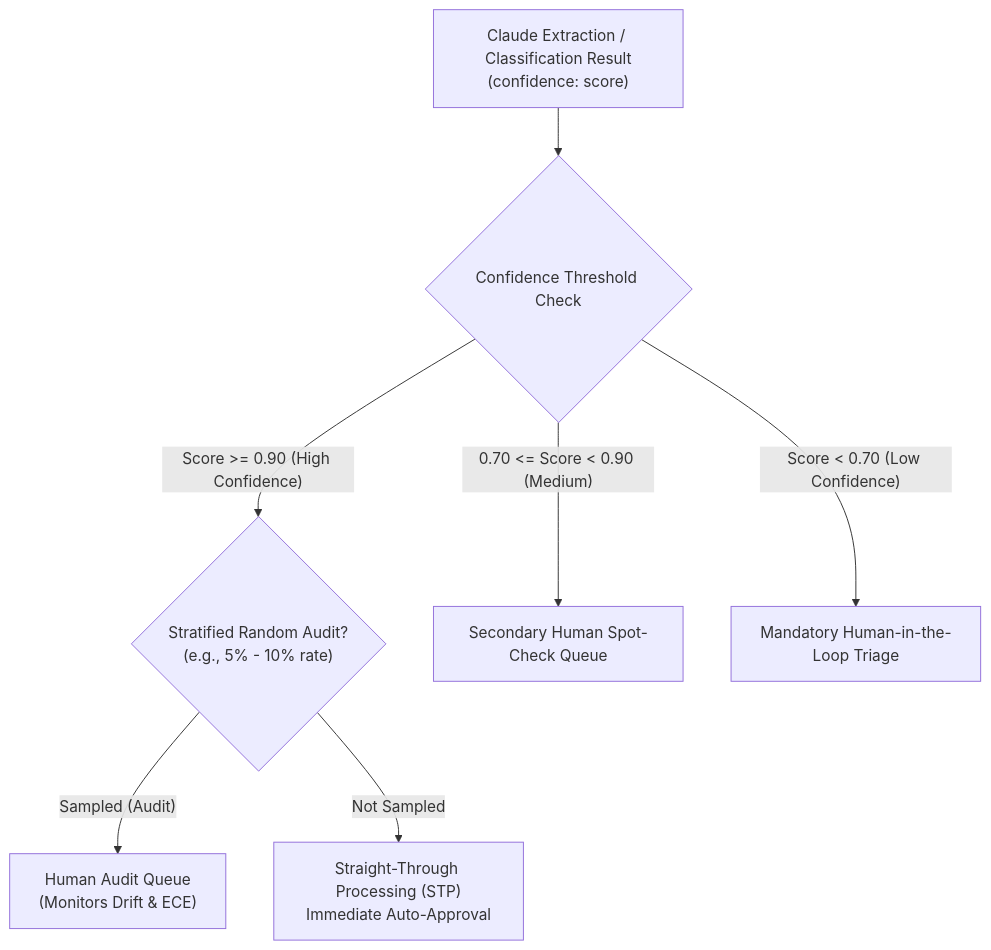
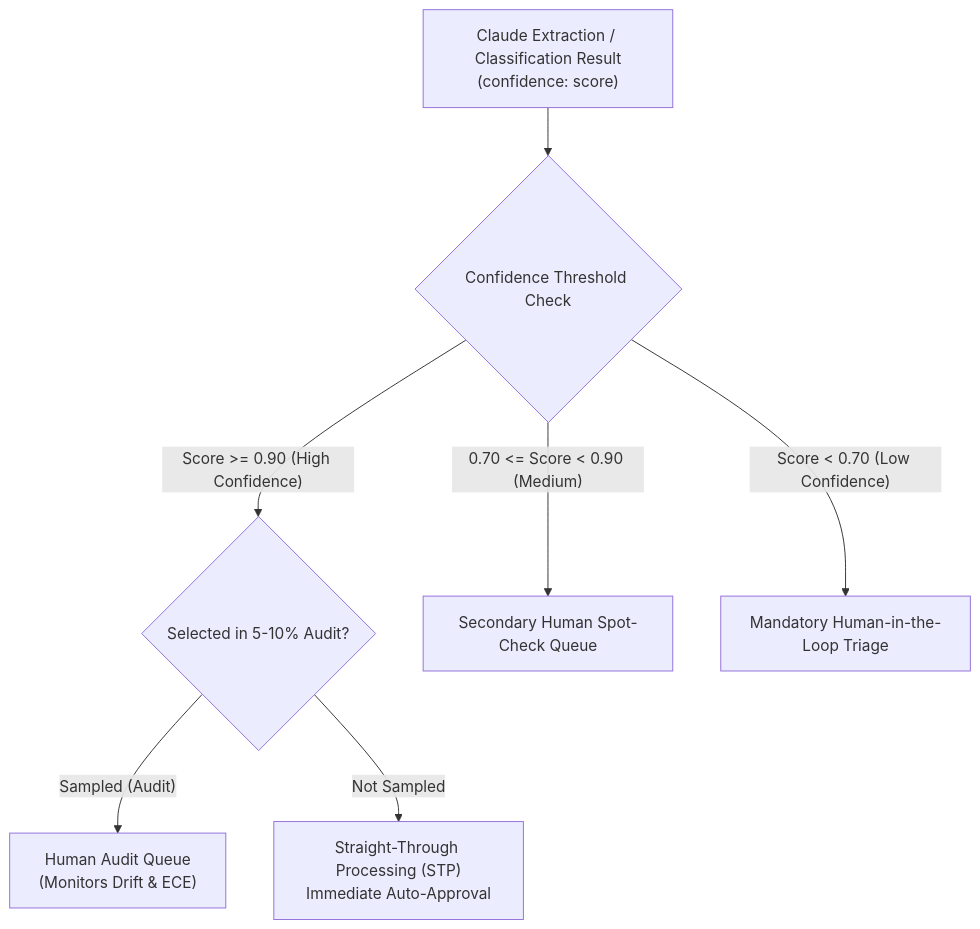
One commit to dip4k/claude_cert_architect_foundation_prep changed the diagram in domain5/ts_5_5_human_review_calibration/README.md. Above: the diagram before and after it, drawn with Mermaid. The commit also changed 30 other files, not shown here.

Commit message:
docs: enhance domain and scenario guides with exam rules, golden rules, and simplified GitHub mermaid diagrams

````diff
--- a/domain5/ts_5_5_human_review_calibration/README.md
+++ b/domain5/ts_5_5_human_review_calibration/README.md
@@ -10,13 +10,13 @@
 ```mermaid
 flowchart TD
     Pred["Claude Extraction / Classification Result<br/>(confidence: score)"] --> Router{"Confidence Threshold Check"}
     
-    Router -- "Score >= 0.90 (High Confidence)" --> SamplingCheck{"Stratified Random Audit?<br/>(e.g., 5% - 10% rate)"}
+    Router -- "Score >= 0.90 (High Confidence)" --> SamplingCheck{"Selected in 5-10% Audit?"}
     
     SamplingCheck -- "Sampled (Audit)" --> HumanAudit["Human Audit Queue<br/>(Monitors Drift & ECE)"]
     SamplingCheck -- "Not Sampled" --> AutoApprove["Straight-Through Processing (STP)<br/>Immediate Auto-Approval"]
     
     Router -- "0.70 <= Score < 0.90 (Medium)" --> AsyncReview["Secondary Human Spot-Check Queue"]
     
     Router -- "Score < 0.70 (Low Confidence)" --> SyncEscalation["Mandatory Human-in-the-Loop Triage"]
 ```
````
